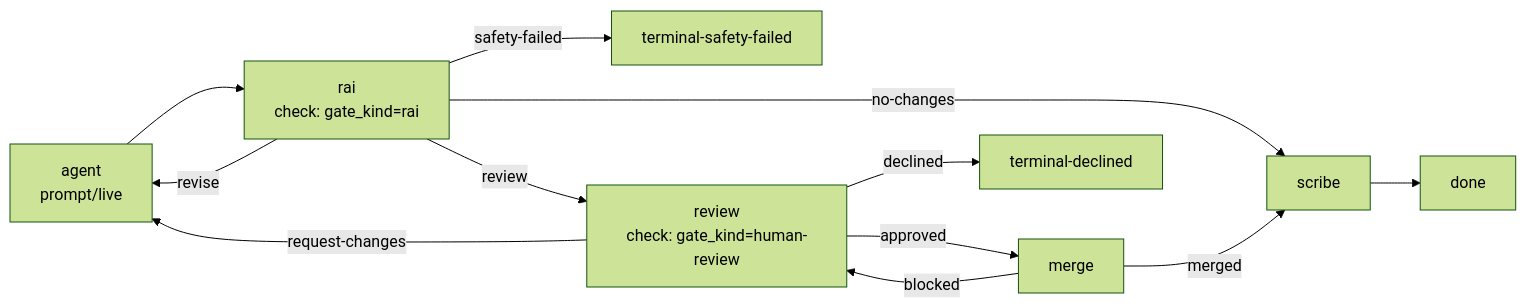
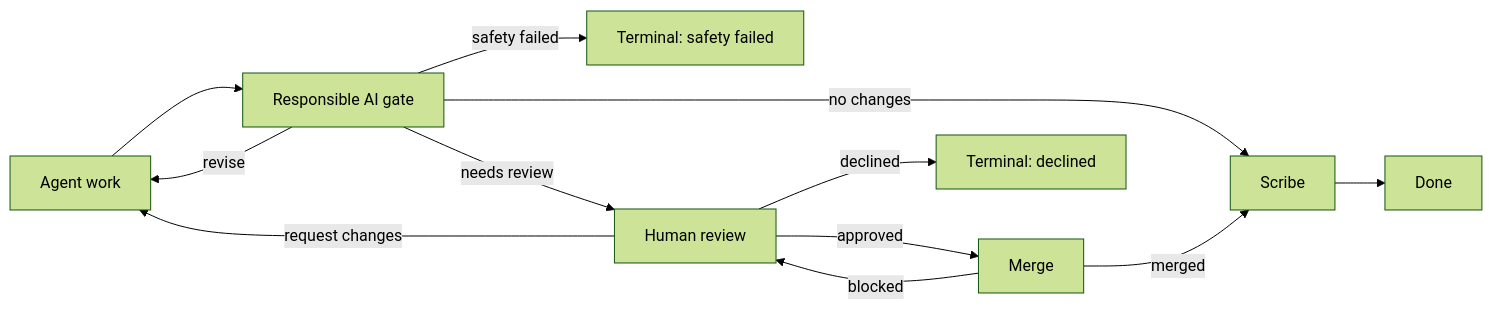
Before and after one commit to sabbour/agentweaver: the sixth of 14 diagrams in docs/deep-dive/orchestration.md, drawn with Mermaid (forest theme). The commit also changed other lines of this file and 12 other files, not shown here.

````diff
--- a/docs/deep-dive/orchestration.md
+++ b/docs/deep-dive/orchestration.md
@@ -65,14 +210,14 @@
 ```mermaid
 flowchart LR
-    Agent[agent<br/>prompt/live] --> Rai[rai<br/>check: gate_kind=rai]
+    Agent[Agent work] --> Rai[Responsible AI gate]
     Rai -- revise --> Agent
-    Rai -- safety-failed --> Safety[terminal-safety-failed]
-    Rai -- no-changes --> Scribe[scribe]
-    Rai -- review --> Review[review<br/>check: gate_kind=human-review]
-    Review -- request-changes --> Agent
-    Review -- declined --> Declined[terminal-declined]
-    Review -- approved --> Merge[merge]
-    Merge -- blocked --> Review
+    Rai -- safety failed --> SafetyFailed[Terminal: safety failed]
+    Rai -- no changes --> Scribe[Scribe]
+    Rai -- needs review --> Human[Human review]
+    Human -- request changes --> Agent
+    Human -- declined --> Declined[Terminal: declined]
+    Human -- approved --> Merge[Merge]
+    Merge -- blocked --> Human
     Merge -- merged --> Scribe
-    Scribe --> Done[done]
+    Scribe --> Done[Done]
 ```
````
